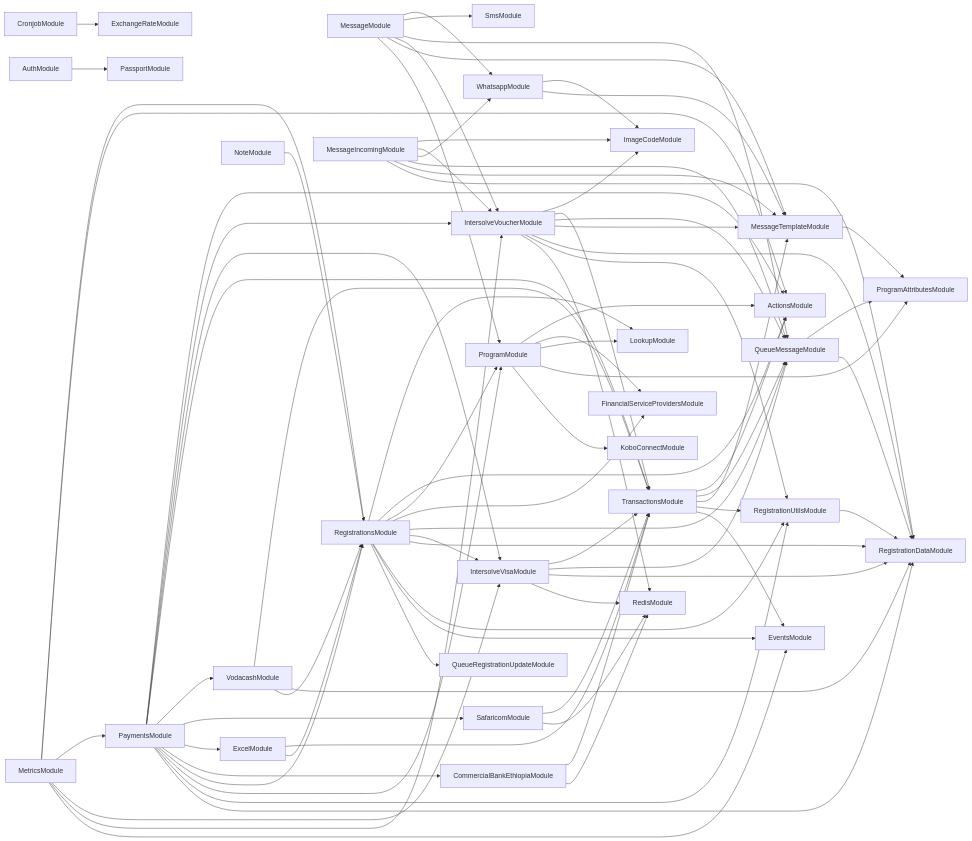
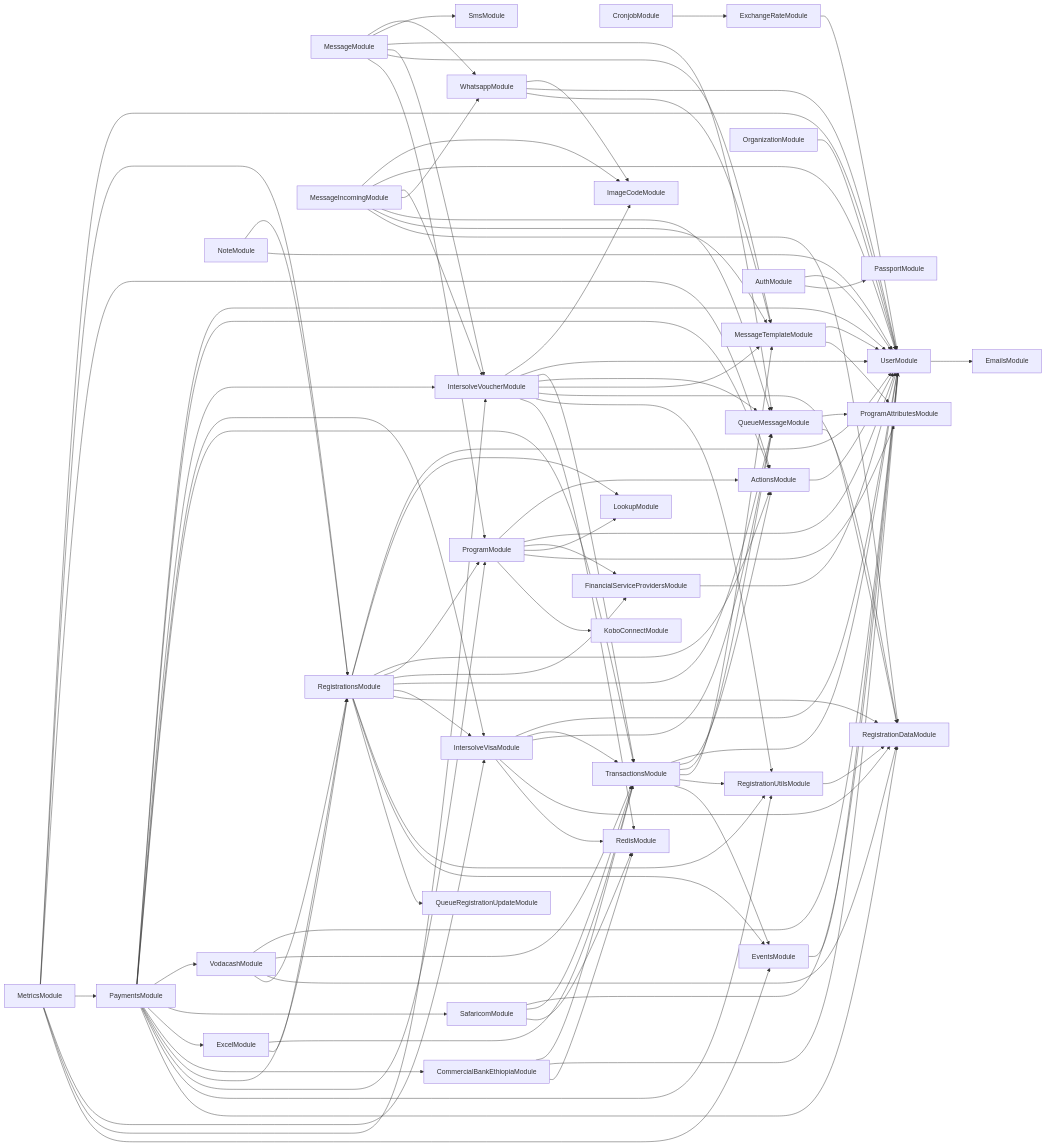
One commit to global-121/121-platform changed the diagram in services/121-service/module-dependencies.md. Above: the diagram before and after it, drawn with Mermaid. The commit also changed 1 other file, not shown here.

Commit message:
fix: update module diagram (now include UserModule) AB#29829

````diff
--- a/services/121-service/module-dependencies.md
+++ b/services/121-service/module-dependencies.md
@@ -3,14 +3,22 @@
 ```mermaid
 graph LR
   CronjobModule-->ExchangeRateModule
+  ExchangeRateModule-->UserModule
+  UserModule-->EmailsModule
+  MessageTemplateModule-->UserModule
   MessageTemplateModule-->ProgramAttributesModule
   ProgramModule-->ActionsModule
+  ActionsModule-->UserModule
+  ProgramModule-->UserModule
   ProgramModule-->FinancialServiceProvidersModule
+  FinancialServiceProvidersModule-->UserModule
   ProgramModule-->LookupModule
   ProgramModule-->ProgramAttributesModule
   ProgramModule-->KoboConnectModule
+  OrganizationModule-->UserModule
   MessageModule-->WhatsappModule
   WhatsappModule-->ImageCodeModule
+  WhatsappModule-->UserModule
   WhatsappModule-->MessageTemplateModule
   MessageModule-->SmsModule
   MessageModule-->QueueMessageModule
@@ -18,13 +26,16 @@
   QueueMessageModule-->RegistrationDataModule
   MessageModule-->IntersolveVoucherModule
   IntersolveVoucherModule-->ImageCodeModule
+  IntersolveVoucherModule-->UserModule
   IntersolveVoucherModule-->TransactionsModule
+  TransactionsModule-->UserModule
   TransactionsModule-->ActionsModule
   TransactionsModule-->QueueMessageModule
   TransactionsModule-->MessageTemplateModule
   TransactionsModule-->RegistrationUtilsModule
   RegistrationUtilsModule-->RegistrationDataModule
   TransactionsModule-->EventsModule
+  EventsModule-->UserModule
   IntersolveVoucherModule-->QueueMessageModule
   IntersolveVoucherModule-->MessageTemplateModule
   IntersolveVoucherModule-->RegistrationDataModule
@@ -32,13 +43,16 @@
   IntersolveVoucherModule-->RedisModule
   MessageModule-->MessageTemplateModule
   MessageModule-->ProgramModule
+  MetricsModule-->UserModule
   MetricsModule-->RegistrationsModule
+  RegistrationsModule-->UserModule
   RegistrationsModule-->LookupModule
   RegistrationsModule-->ActionsModule
   RegistrationsModule-->ProgramModule
   RegistrationsModule-->FinancialServiceProvidersModule
   RegistrationsModule-->QueueMessageModule
   RegistrationsModule-->IntersolveVisaModule
+  IntersolveVisaModule-->UserModule
   IntersolveVisaModule-->TransactionsModule
   IntersolveVisaModule-->QueueMessageModule
   IntersolveVisaModule-->RegistrationDataModule
@@ -49,15 +63,18 @@
   RegistrationsModule-->QueueRegistrationUpdateModule
   MetricsModule-->ActionsModule
   MetricsModule-->PaymentsModule
+  PaymentsModule-->UserModule
   PaymentsModule-->ActionsModule
   PaymentsModule-->IntersolveVoucherModule
   PaymentsModule-->IntersolveVisaModule
   PaymentsModule-->TransactionsModule
   PaymentsModule-->VodacashModule
+  VodacashModule-->UserModule
   VodacashModule-->TransactionsModule
   VodacashModule-->RegistrationDataModule
   VodacashModule-->RegistrationsModule
   PaymentsModule-->SafaricomModule
+  SafaricomModule-->UserModule
   SafaricomModule-->TransactionsModule
   SafaricomModule-->RedisModule
   PaymentsModule-->ExcelModule
@@ -65,6 +82,7 @@
   ExcelModule-->RegistrationsModule
   PaymentsModule-->CommercialBankEthiopiaModule
   CommercialBankEthiopiaModule-->TransactionsModule
+  CommercialBankEthiopiaModule-->UserModule
   CommercialBankEthiopiaModule-->RedisModule
   PaymentsModule-->RegistrationsModule
   PaymentsModule-->ProgramModule
@@ -74,11 +92,14 @@
   MetricsModule-->IntersolveVoucherModule
   MetricsModule-->EventsModule
   MessageIncomingModule-->ImageCodeModule
+  MessageIncomingModule-->UserModule
   MessageIncomingModule-->IntersolveVoucherModule
   MessageIncomingModule-->WhatsappModule
   MessageIncomingModule-->QueueMessageModule
   MessageIncomingModule-->MessageTemplateModule
   MessageIncomingModule-->RegistrationDataModule
   NoteModule-->RegistrationsModule
+  NoteModule-->UserModule
+  AuthModule-->UserModule
   AuthModule-->PassportModule
 ```
````
